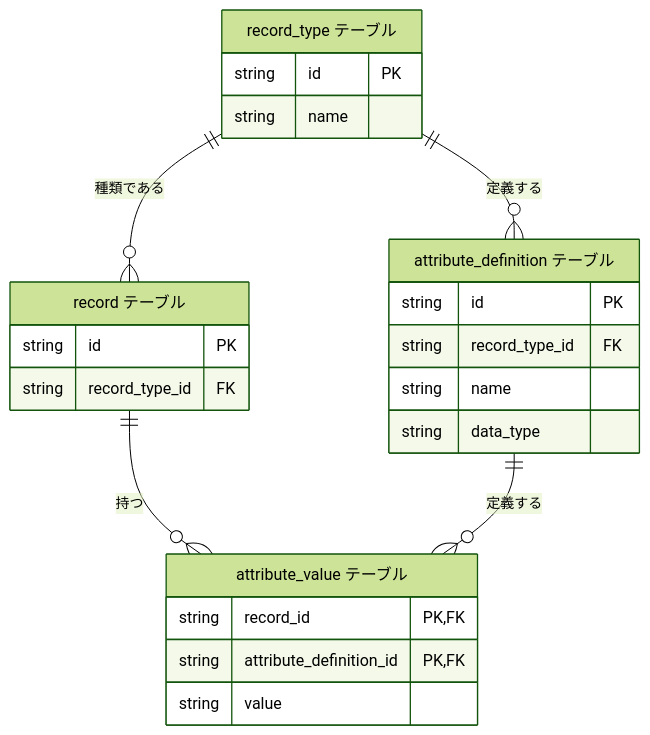
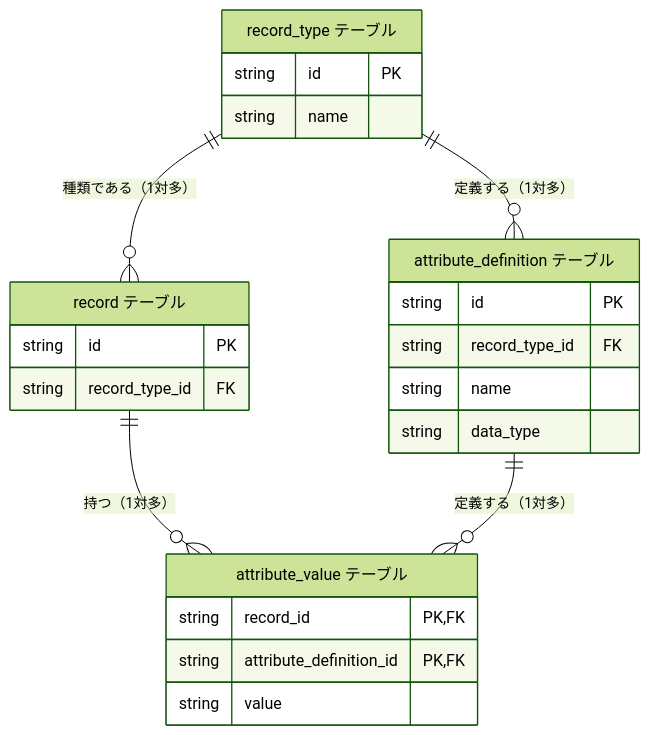
Before and after one commit to hiroki-it/tech-notebook: the ninth of 30 diagrams in docs/software/software_middleware_database_rdb_er.md, drawn with Mermaid (forest theme). The commit also changed other lines of this file and 4 other files, not shown here.

````diff
--- a/docs/software/software_middleware_database_rdb_er.md
+++ b/docs/software/software_middleware_database_rdb_er.md
@@ -266,30 +266,30 @@
 ```mermaid
 erDiagram
   record_type["record_type テーブル"] {
     string id PK
     string name
   }
 
   attribute_definition["attribute_definition テーブル"] {
     string id PK
     string record_type_id FK
     string name
     string data_type
   }
 
   record["record テーブル"] {
     string id PK
     string record_type_id FK
   }
 
   attribute_value["attribute_value テーブル"] {
     string record_id PK,FK
     string attribute_definition_id PK,FK
     string value
   }
 
-  record_type ||--o{ attribute_definition : "定義する"
-  record_type ||--o{ record : "種類である"
-  record ||--o{ attribute_value : "持つ"
-  attribute_definition ||--o{ attribute_value : "定義する"
+  record_type ||--o{ attribute_definition : "定義する（1対多）"
+  record_type ||--o{ record : "種類である（1対多）"
+  record ||--o{ attribute_value : "持つ（1対多）"
+  attribute_definition ||--o{ attribute_value : "定義する（1対多）"
 ```
````
